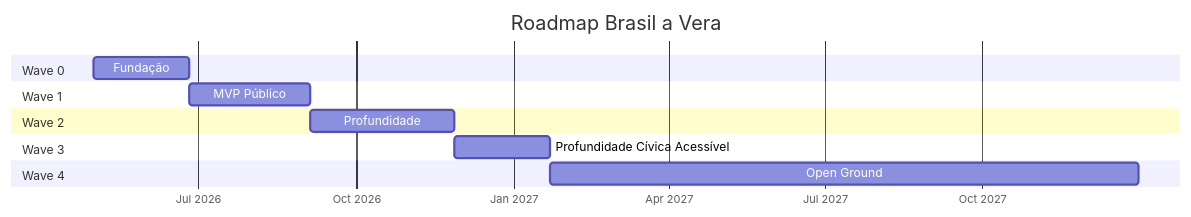
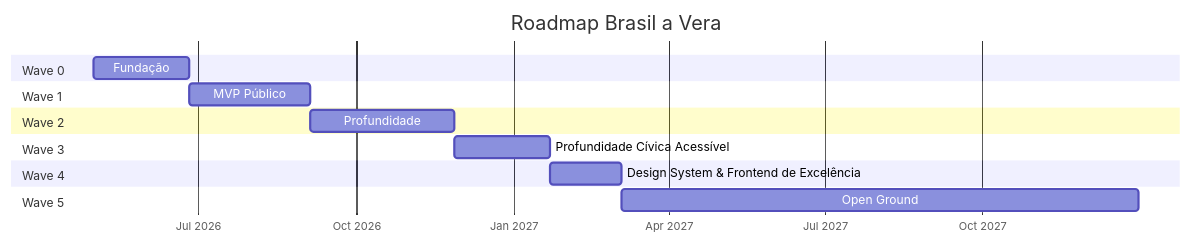
Before and after one commit to FabioCaffarello/brasil-a-vera: the first of 2 diagrams in docs/product/ROADMAP.md, drawn with Mermaid. The commit also changed other lines of this file and 3 other files, not shown here.

First line of the commit message:
docs(wave4): ADR-021 + ADR-022 + ROADMAP renumerado — Sprint 4.0 PR 1

````diff
--- a/docs/product/ROADMAP.md
+++ b/docs/product/ROADMAP.md
@@ -25,21 +57,24 @@
 ```mermaid
 gantt
     title Roadmap Brasil a Vera
     dateFormat  YYYY-MM-DD
     axisFormat  %b %Y
 
     section Wave 0
     Fundação           :w0, 2026-05-01, 8w
 
     section Wave 1
     MVP Público        :w1, after w0, 10w
 
     section Wave 2
     Profundidade       :w2, after w1, 12w
 
     section Wave 3
     Profundidade Cívica Acessível :w3, after w2, 8w
 
     section Wave 4
-    Open Ground        :w4, after w3, 2027-12-31
+    Design System & Frontend de Excelência :w4, after w3, 6w
+
+    section Wave 5
+    Open Ground        :w5, after w4, 2027-12-31
 ```
````
